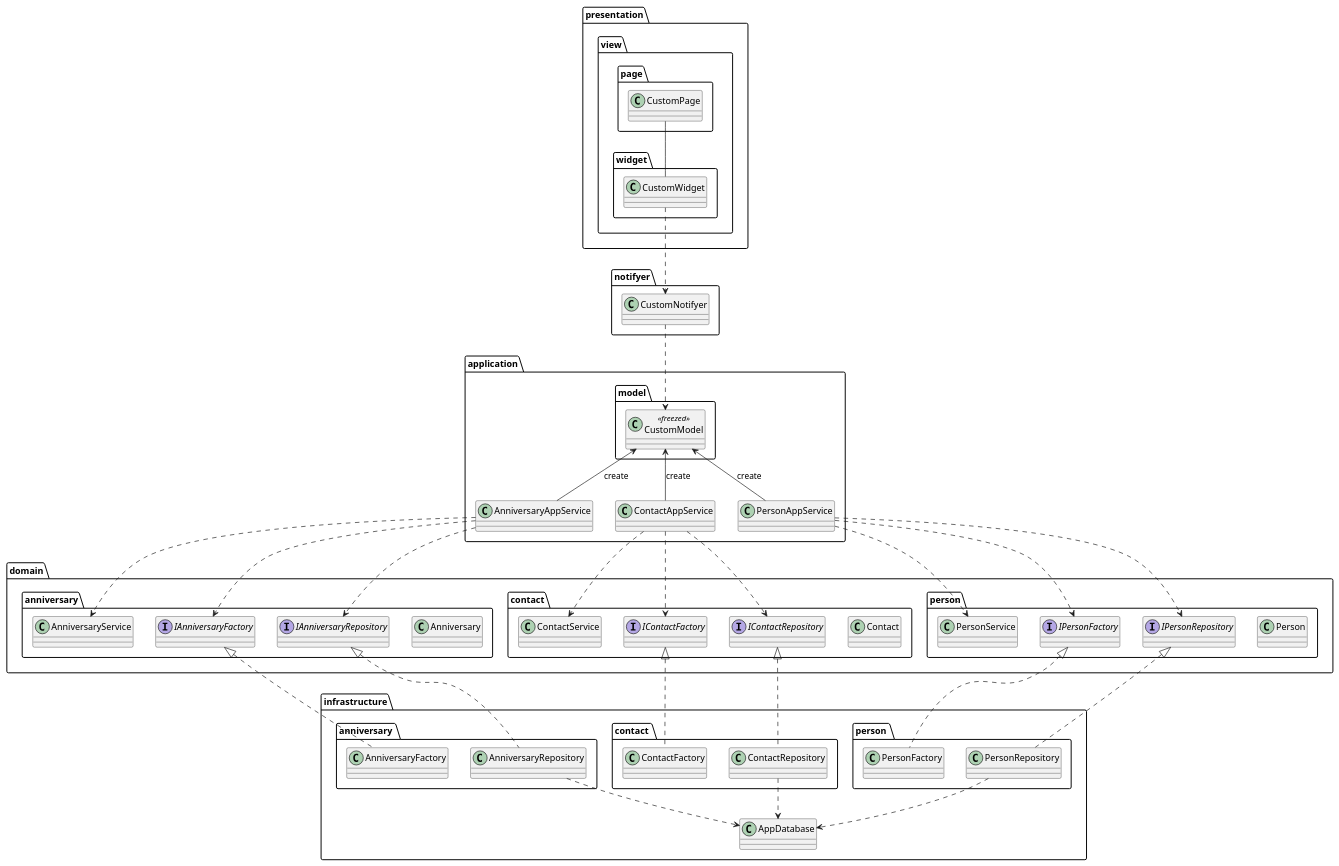
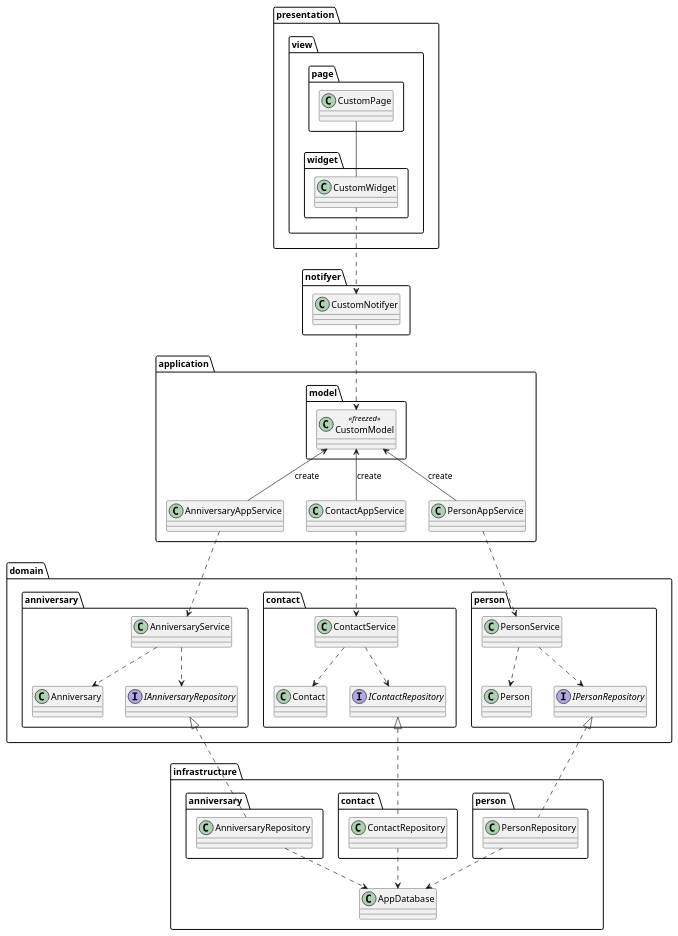
Before and after one commit to nmskm240/friend_list: the diagram in uml/class_diagram.pu, drawn with PlantUML. The commit also changed 1 other file, not shown here.

```diff
--- a/uml/class_diagram.pu
+++ b/uml/class_diagram.pu
@@ -1,104 +1,95 @@
 @startuml
 
 package presentation {
     package view {
         package page {
             class CustomPage
         }
         package widget {
             class CustomWidget
         }
     }
 }
 
 package notifyer {
     class CustomNotifyer
 }
 
 package application {
     package model {
         class CustomModel<<freezed>>
     }
     class AnniversaryAppService
     class ContactAppService
     class PersonAppService
 }
 
 package domain {
     package anniversary {
         class Anniversary
         class AnniversaryService
-        interface IAnniversaryFactory
         interface IAnniversaryRepository
     }
     package contact {
         class Contact
         class ContactService
-        interface IContactFactory
         interface IContactRepository
     }
     package person {
         class Person
         class PersonService
-        interface IPersonFactory
         interface IPersonRepository
     }
 }
 
 package infrastructure {
     package "anniversary " {
-        class AnniversaryFactory
         class AnniversaryRepository
     }
     package "contact " {
-        class ContactFactory
         class ContactRepository
     }
     package "person " {
-        class PersonFactory
         class PersonRepository
     }
     class AppDatabase
 }
 
 ' view
 CustomPage -- CustomWidget
 
 ' view - notifyer
 CustomWidget ..> CustomNotifyer
 
 ' notifyer - application
 CustomNotifyer ..> CustomModel
 
 ' application
 CustomModel <-- AnniversaryAppService : create
 CustomModel <-- ContactAppService : create
 CustomModel <-- PersonAppService : create
 
 ' application - domain
 AnniversaryAppService ..> AnniversaryService
-AnniversaryAppService ..> IAnniversaryFactory
-AnniversaryAppService ..> IAnniversaryRepository
 ContactAppService ..> ContactService
-ContactAppService ..> IContactFactory
-ContactAppService ..> IContactRepository
 PersonAppService ..> PersonService
-PersonAppService ..> IPersonFactory
-PersonAppService ..> IPersonRepository
 
 ' domain
+AnniversaryService ..> Anniversary
+AnniversaryService ..> IAnniversaryRepository
+ContactService ..> Contact
+ContactService ..> IContactRepository
+PersonService ..> Person
+PersonService ..> IPersonRepository
 
 ' domain - infrastructure
 IAnniversaryRepository <|.. AnniversaryRepository
-IAnniversaryFactory <|.. AnniversaryFactory
 IContactRepository <|.. ContactRepository
-IContactFactory <|.. ContactFactory
 IPersonRepository <|.. PersonRepository
-IPersonFactory <|.. PersonFactory
 
 ' infrastructure
 AnniversaryRepository ..> AppDatabase
 ContactRepository ..> AppDatabase
 PersonRepository ..> AppDatabase
 
 @enduml
```
